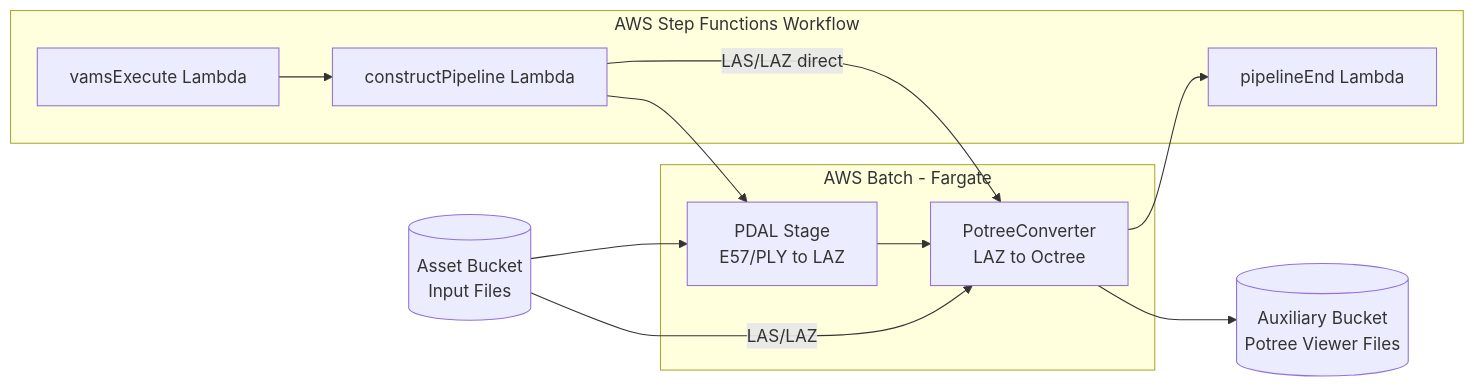
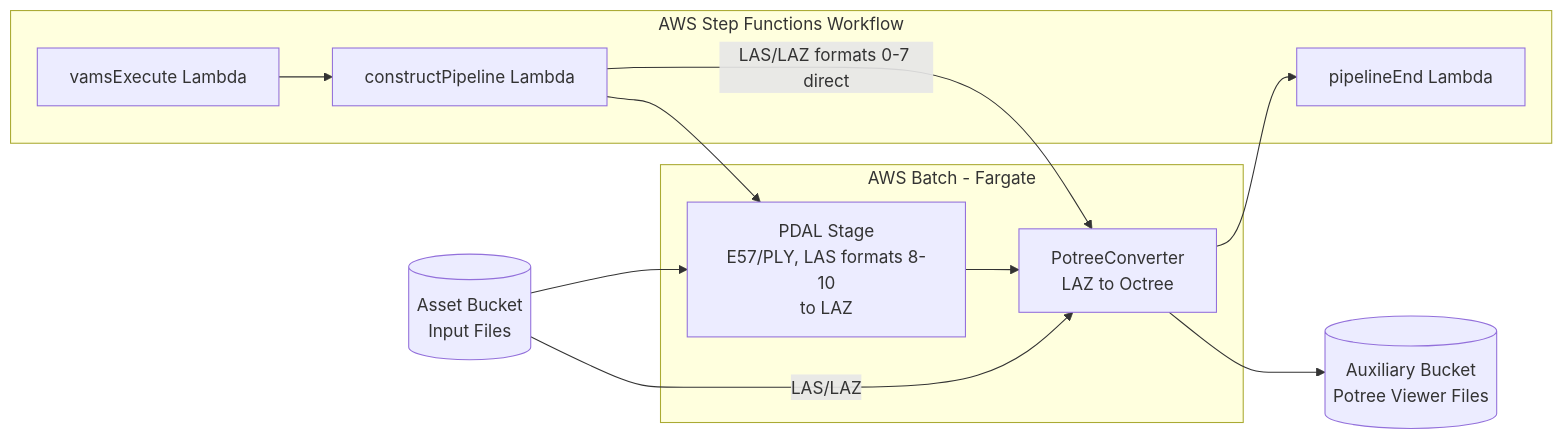
The diagram in documentation/docusaurus-site/docs/pipelines/potree-viewer.md (awslabs/visual-asset-management-system), drawn with Mermaid before and after one commit. The commit also changed other lines of this file and 12 other files, not shown here.

First line of the commit message:
Convert LAS point formats 8-10 with PDAL before Potree (#1215)

````diff
--- a/documentation/docusaurus-site/docs/pipelines/potree-viewer.md
+++ b/documentation/docusaurus-site/docs/pipelines/potree-viewer.md
@@ -20,25 +20,25 @@
 ```mermaid
 flowchart LR
     subgraph Workflow["AWS Step Functions Workflow"]
         VE[vamsExecute Lambda]
         CP[constructPipeline Lambda]
         PE[pipelineEnd Lambda]
     end
 
     subgraph Batch["AWS Batch - Fargate"]
-        PDAL[PDAL Stage<br/>E57/PLY to LAZ]
+        PDAL[PDAL Stage<br/>E57/PLY, LAS formats 8-10<br/>to LAZ]
         Potree[PotreeConverter<br/>LAZ to Octree]
     end
 
     S3In[(Asset Bucket<br/>Input Files)]
     S3Out[(Auxiliary Bucket<br/>Potree Viewer Files)]
 
     VE --> CP
     CP --> PDAL
     PDAL --> Potree
-    CP -->|LAS/LAZ direct| Potree
+    CP -->|LAS/LAZ formats 0-7 direct| Potree
     S3In --> PDAL
     S3In -->|LAS/LAZ| Potree
     Potree --> S3Out
     Potree --> PE
 ```
````
